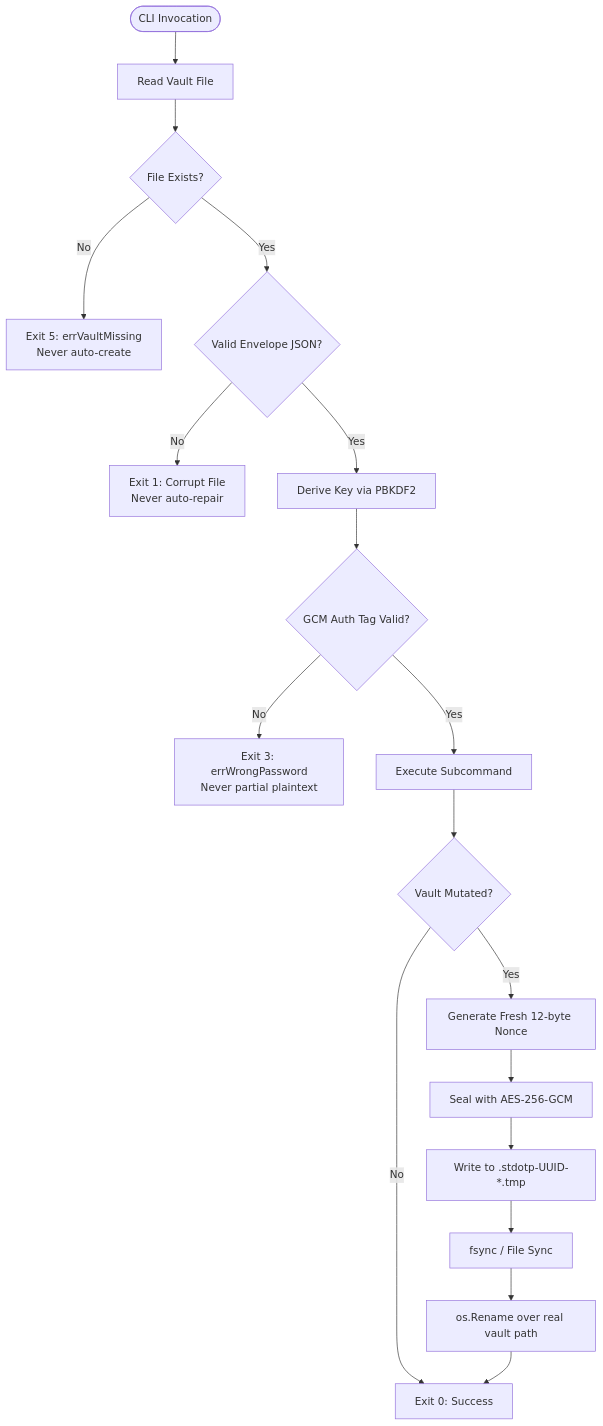
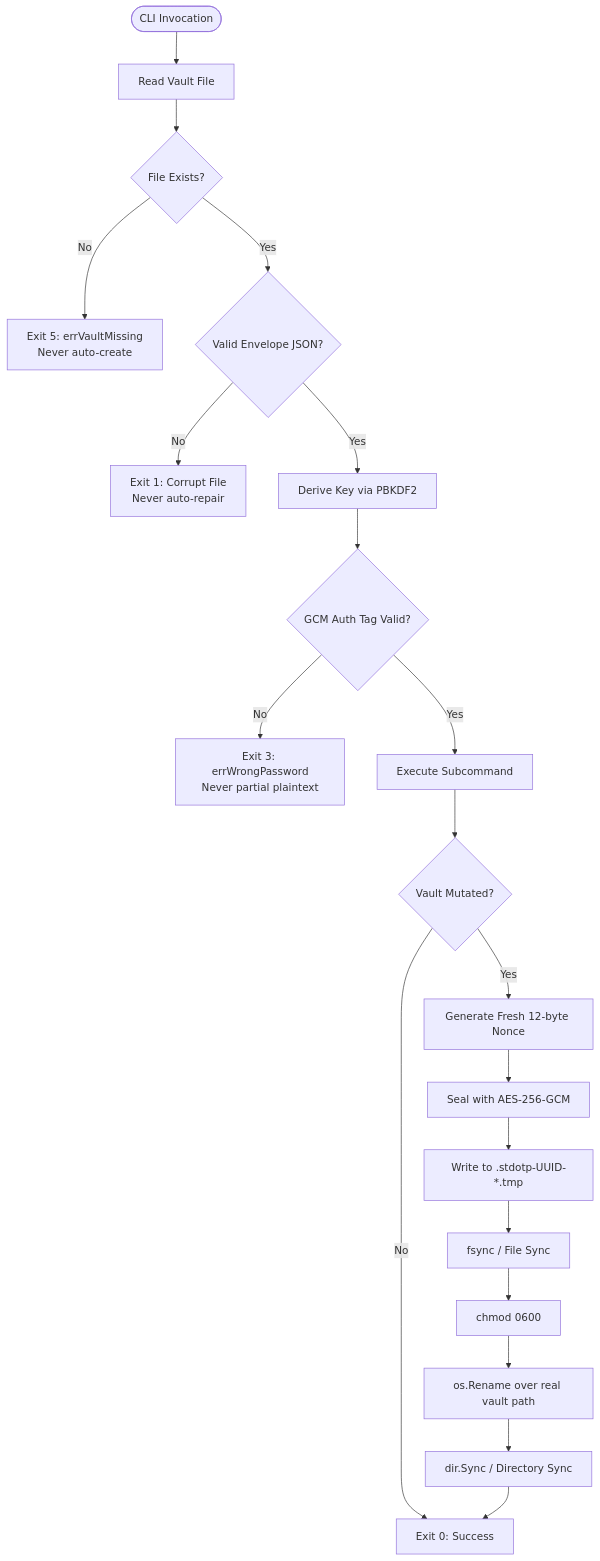
One commit to moin08s/stdotp changed the fourth of 4 diagrams in README.md. Above: the diagram before and after it, drawn with Mermaid. The commit also changed other lines of this file and 2 other files, not shown here.

Commit message:
feat: enhance base32 sanitization, case-insensitive URI queries, 0600 chmod, directory sync, and expand to 46 tests (80.3% coverage)

````diff
--- a/README.md
+++ b/README.md
@@ -230,21 +230,23 @@
 ```mermaid
 flowchart TD
     Start([CLI Invocation]) --> ReadVault[Read Vault File]
     ReadVault --> CheckExist{File Exists?}
     CheckExist -- No --> Exit5[Exit 5: errVaultMissing<br/>Never auto-create]
     CheckExist -- Yes --> CheckJSON{Valid Envelope JSON?}
     CheckJSON -- No --> Exit1[Exit 1: Corrupt File<br/>Never auto-repair]
     CheckJSON -- Yes --> DeriveKey[Derive Key via PBKDF2]
     DeriveKey --> OpenGCM{GCM Auth Tag Valid?}
     OpenGCM -- No --> Exit3[Exit 3: errWrongPassword<br/>Never partial plaintext]
     OpenGCM -- Yes --> RunCommand[Execute Subcommand]
 
     RunCommand --> Mutating{Vault Mutated?}
     Mutating -- No --> Exit0[Exit 0: Success]
     Mutating -- Yes --> GenNonce[Generate Fresh 12-byte Nonce]
     GenNonce --> EncryptGCM[Seal with AES-256-GCM]
     EncryptGCM --> WriteTmp[Write to .stdotp-UUID-*.tmp]
     WriteTmp --> Fsync[fsync / File Sync]
-    Fsync --> Rename[os.Rename over real vault path]
-    Rename --> Exit0
+    Fsync --> Chmod[chmod 0600]
+    Chmod --> Rename[os.Rename over real vault path]
+    Rename --> DirSync[dir.Sync / Directory Sync]
+    DirSync --> Exit0
 ```
````
